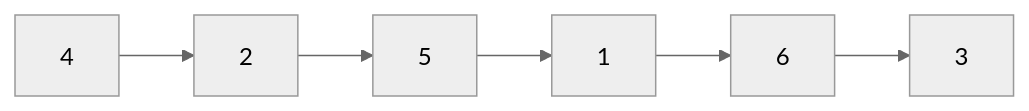
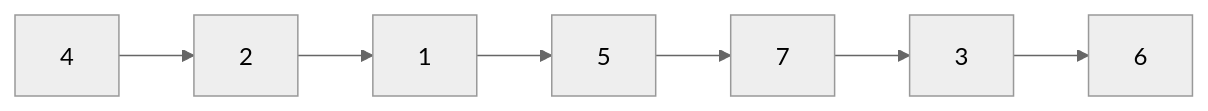
The third of 4 diagrams in C++/Binary Tree/Binary Tree visualize.md (ilksh/Algorithm-template), drawn with Mermaid (neutral theme) before and after one commit. The commit also changed other lines of this file, not shown here.

````diff
--- a/C++/Binary Tree/Binary Tree visualize.md
+++ b/C++/Binary Tree/Binary Tree visualize.md
@@ -20,4 +26,4 @@
 ```mermaid
 graph LR;
-  4-->2-->5-->1-->6-->3;
+  4-->2-->1-->5-->7-->3-->6;
 ```
````
